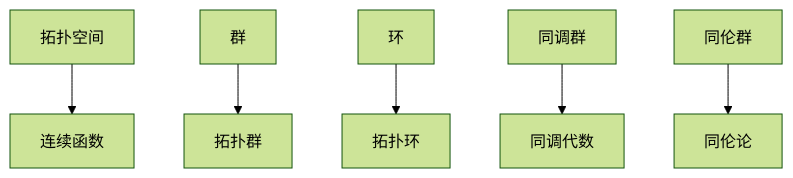
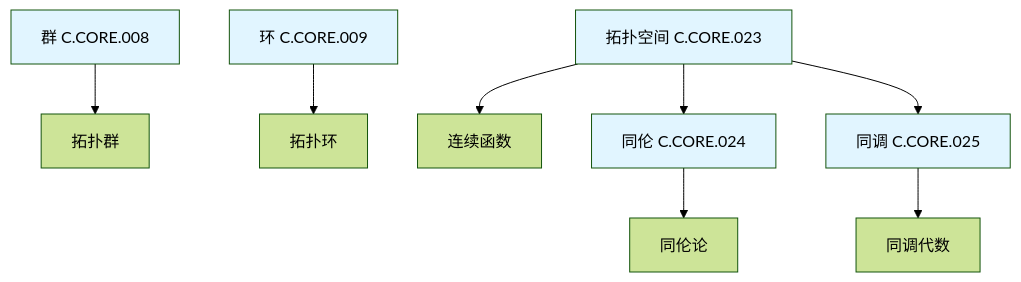
Diagram 22 of 22 in concept/05-知识关联网络/01-概念级关联网络.md (AdaMartin18010/FormalMath), drawn with Mermaid (forest theme) before and after one commit. The commit also changed other lines of this file and 45 other files, not shown here.

````diff
--- a/concept/05-知识关联网络/01-概念级关联网络.md
+++ b/concept/05-知识关联网络/01-概念级关联网络.md
@@ -522,8 +739,16 @@
 ```mermaid
 graph TD
-    A[拓扑空间] --> B[连续函数]
-    C[群] --> D[拓扑群]
-    E[环] --> F[拓扑环]
-    G[同调群] --> H[同调代数]
-    I[同伦群] --> J[同伦论]
+    A[拓扑空间 C.CORE.023] --> B[连续函数]
+    C[群 C.CORE.008] --> D[拓扑群]
+    E[环 C.CORE.009] --> F[拓扑环]
+    G[同调 C.CORE.025] --> H[同调代数]
+    I[同伦 C.CORE.024] --> J[同伦论]
+    A --> I
+    A --> G
+
+    style A fill:#e1f5ff
+    style C fill:#e1f5ff
+    style E fill:#e1f5ff
+    style G fill:#e1f5ff
+    style I fill:#e1f5ff
 ```
````
